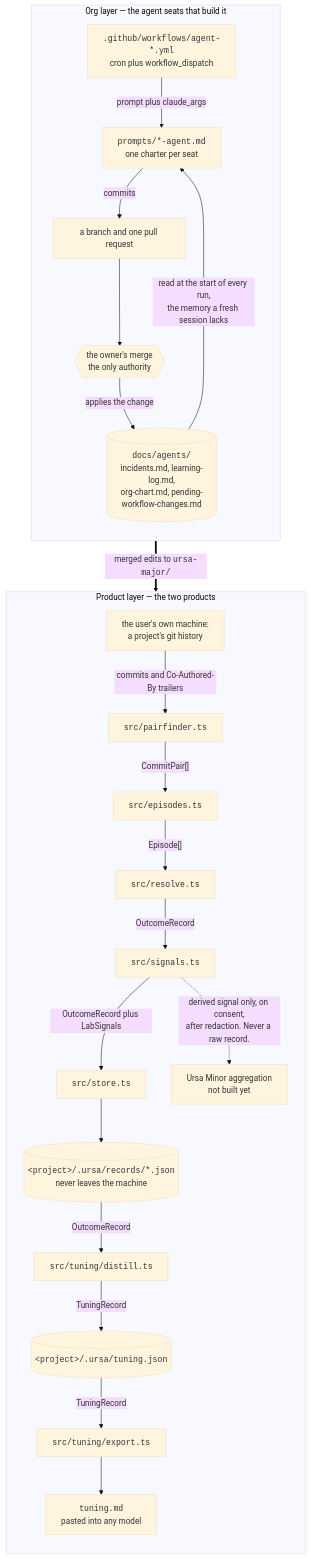
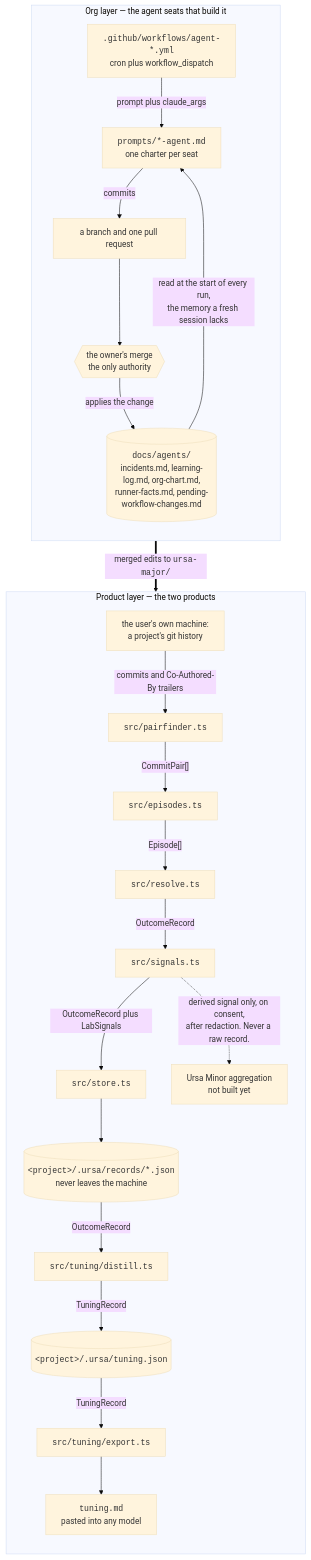
Before and after one commit to alexandrapaiz/Ursa: the diagram in README.md, drawn with Mermaid (base theme). The commit also changed other lines of this file and 1 other file, not shown here.

Commit message:
Learning log and README: the week nothing failed and everything jammed

````diff
--- a/README.md
+++ b/README.md
@@ -76,47 +76,47 @@
 ```mermaid
 flowchart TB
   subgraph ORG["Org layer — the agent seats that build it"]
     direction TB
     WF["<code>.github/workflows/agent-*.yml</code><br/>cron plus workflow_dispatch"]
     CH["<code>prompts/*-agent.md</code><br/>one charter per seat"]
     PR["a branch and one pull request"]
     OWN{{"the owner's merge<br/>the only authority"}}
-    MEM[("<code>docs/agents/</code><br/>incidents.md, learning-log.md,<br/>org-chart.md, pending-workflow-changes.md")]
+    MEM[("<code>docs/agents/</code><br/>incidents.md, learning-log.md, org-chart.md,<br/>runner-facts.md, pending-workflow-changes.md")]
 
     WF -->|"prompt plus claude_args"| CH
     CH -->|"commits"| PR
     PR --> OWN
     OWN -->|"applies the change"| MEM
     MEM -->|"read at the start of every run,<br/>the memory a fresh session lacks"| CH
   end
 
   subgraph PRODUCT["Product layer — the two products"]
     direction TB
     GIT["the user's own machine:<br/>a project's git history"]
     PF["<code>src/pairfinder.ts</code>"]
     EP["<code>src/episodes.ts</code>"]
     RS["<code>src/resolve.ts</code>"]
     SG["<code>src/signals.ts</code>"]
     ST["<code>src/store.ts</code>"]
     REC[("<code>&lt;project&gt;/.ursa/records/*.json</code><br/>never leaves the machine")]
     DI["<code>src/tuning/distill.ts</code>"]
     TUN[("<code>&lt;project&gt;/.ursa/tuning.json</code>")]
     EX["<code>src/tuning/export.ts</code>"]
     MD["<code>tuning.md</code><br/>pasted into any model"]
     MINOR["Ursa Minor aggregation<br/>not built yet"]
 
     GIT -->|"commits and Co-Authored-By trailers"| PF
     PF -->|"CommitPair[]"| EP
     EP -->|"Episode[]"| RS
     RS -->|"OutcomeRecord"| SG
     SG -->|"OutcomeRecord plus LabSignals"| ST
     ST --> REC
     REC -->|"OutcomeRecord"| DI
     DI -->|"TuningRecord"| TUN
     TUN -->|"TuningRecord"| EX
     EX --> MD
     SG -.->|"derived signal only, on consent,<br/>after redaction. Never a raw record."| MINOR
   end
 
   OWN ==>|"merged edits to <code>ursa-major/</code>"| GIT
 ```
````
